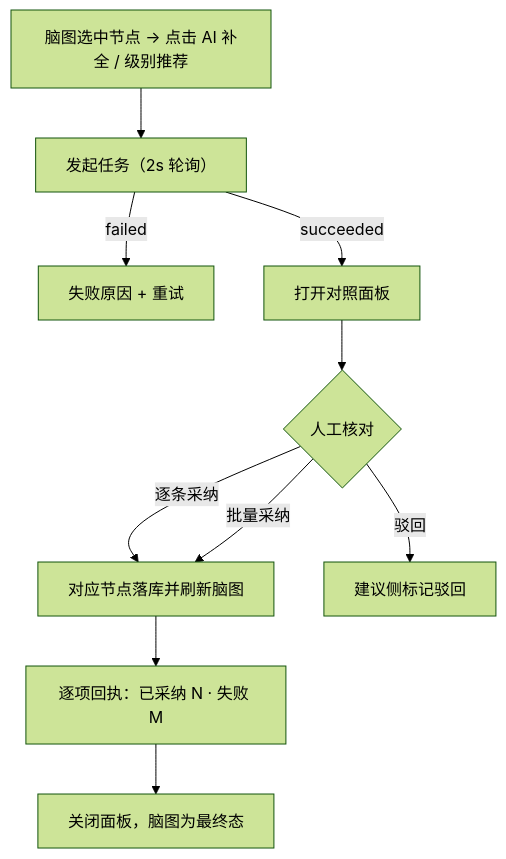
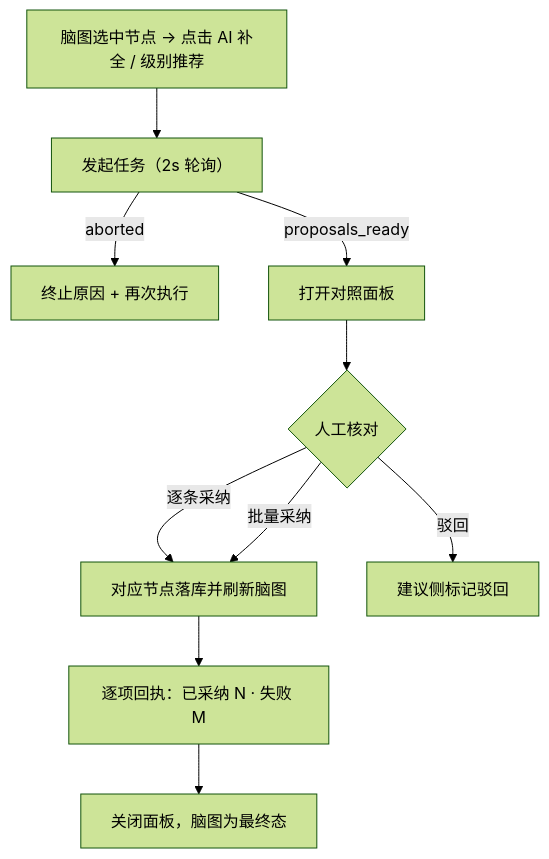
The diagram in docs/05-interaction-design/07-ai-capability/07-assisted-features-ui.md (XiaoMiSum/robotest), drawn with Mermaid (forest theme) before and after one commit. The commit also changed other lines of this file and 18 other files, not shown here.

````diff
--- a/docs/05-interaction-design/07-ai-capability/07-assisted-features-ui.md
+++ b/docs/05-interaction-design/07-ai-capability/07-assisted-features-ui.md
@@ -93,12 +93,12 @@
 ```mermaid
 flowchart TD
   A[脑图选中节点 → 点击 AI 补全 / 级别推荐] --> B[发起任务（2s 轮询）]
-  B -- failed --> C[失败原因 + 重试]
-  B -- succeeded --> D[打开对照面板]
+  B -- aborted --> C[终止原因 + 再次执行]
+  B -- proposals_ready --> D[打开对照面板]
   D --> E{人工核对}
   E -- 逐条采纳 --> F[对应节点落库并刷新脑图]
   E -- 批量采纳 --> F
   E -- 驳回 --> G[建议侧标记驳回]
   F --> H[逐项回执：已采纳 N · 失败 M]
   H --> I[关闭面板，脑图为最终态]
 ```
````
